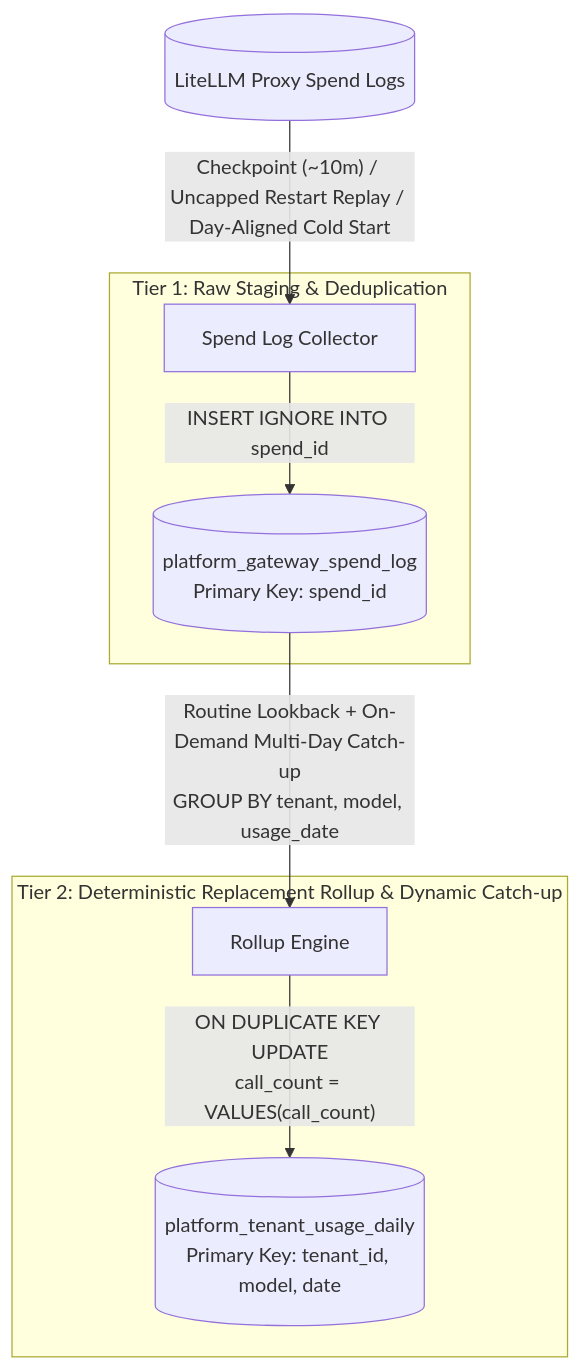
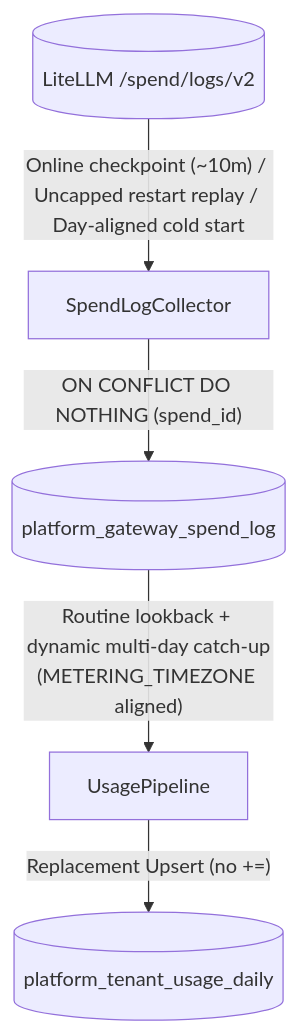
Before and after one commit to Sanderhoff-alt/oh-my-ragflow: the third of 3 diagrams in extensions/model-platform/implementation-plan.md, drawn with Mermaid. The commit also changed other lines of this file and 25 other files, not shown here.

First line of the commit message:
docs(model-platform): add bilingual operator, user, and API guides and refresh design docs (#67)

````diff
--- a/extensions/model-platform/implementation-plan.md
+++ b/extensions/model-platform/implementation-plan.md
@@ -551,13 +363,7 @@
 ```mermaid
 flowchart TD
-    LiteLLM[("LiteLLM Proxy Spend Logs")] -->|"Checkpoint (~10m) / Uncapped Restart Replay / Day-Aligned Cold Start"| Collector["Spend Log Collector"]
-
-    subgraph Tier1_Staging ["Tier 1: Raw Staging & Deduplication"]
-        Collector -->|"INSERT IGNORE INTO spend_id"| SpendLogTable[("platform_gateway_spend_log<br>Primary Key: spend_id")]
-    end
-
-    subgraph Tier2_Aggregation ["Tier 2: Deterministic Replacement Rollup & Dynamic Catch-up"]
-        SpendLogTable -->|"Routine Lookback + On-Demand Multi-Day Catch-up<br>GROUP BY tenant, model, usage_date"| RollupEngine["Rollup Engine"]
-        RollupEngine -->|"ON DUPLICATE KEY UPDATE<br>call_count = VALUES(call_count)"| DailyTable[("platform_tenant_usage_daily<br>Primary Key: tenant_id, model, date")]
-    end
+    LiteLLM[("LiteLLM /spend/logs/v2")] -->|"Online checkpoint (~10m) / Uncapped restart replay / Day-aligned cold start"| Collector["SpendLogCollector"]
+    Collector -->|"ON CONFLICT DO NOTHING (spend_id)"| Staging[("platform_gateway_spend_log")]
+    Staging -->|"Routine lookback + dynamic multi-day catch-up<br/>(METERING_TIMEZONE aligned)"| Pipeline["UsagePipeline"]
+    Pipeline -->|"Replacement Upsert (no +=)"| Daily[("platform_tenant_usage_daily")]
 ```
````
